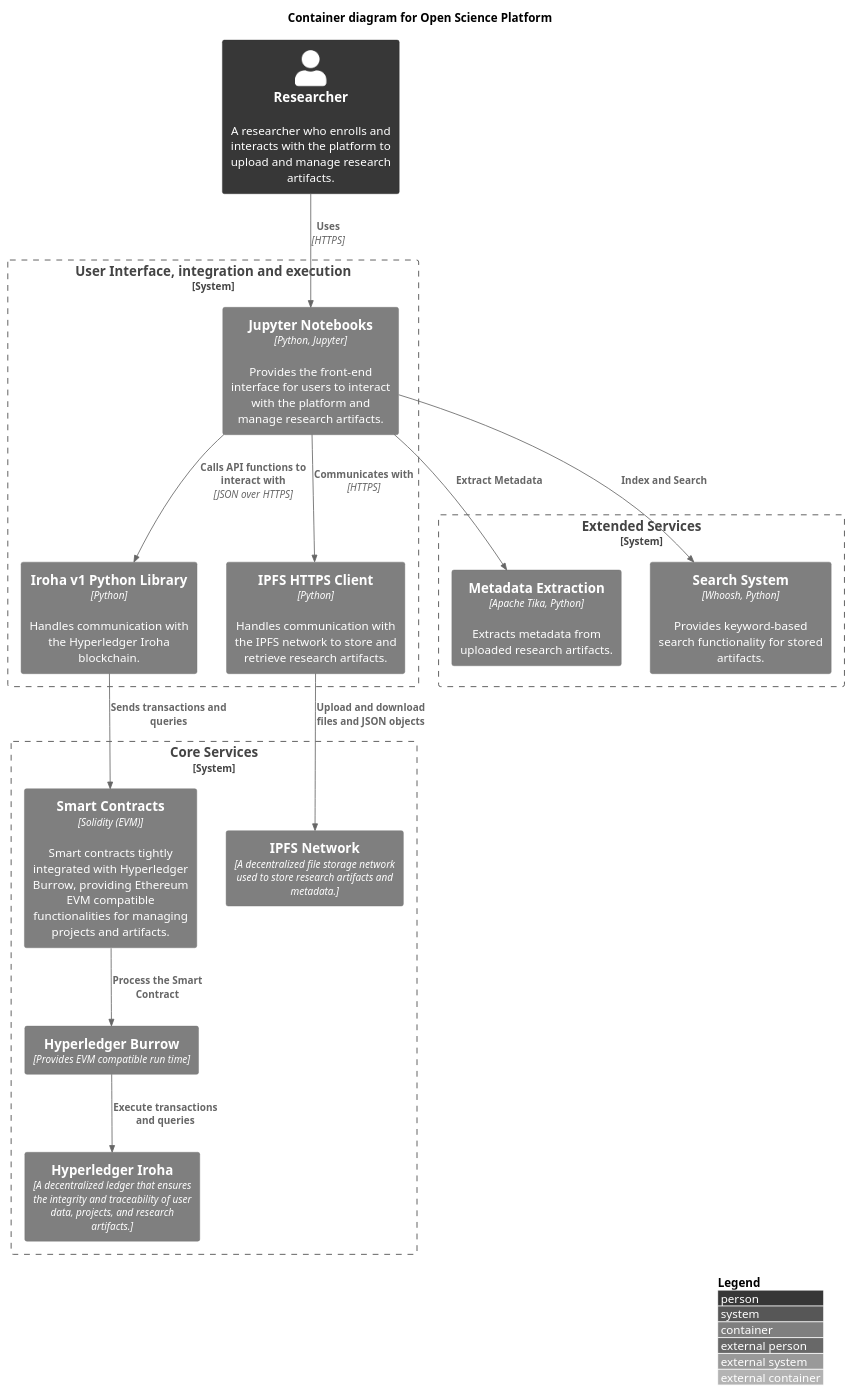
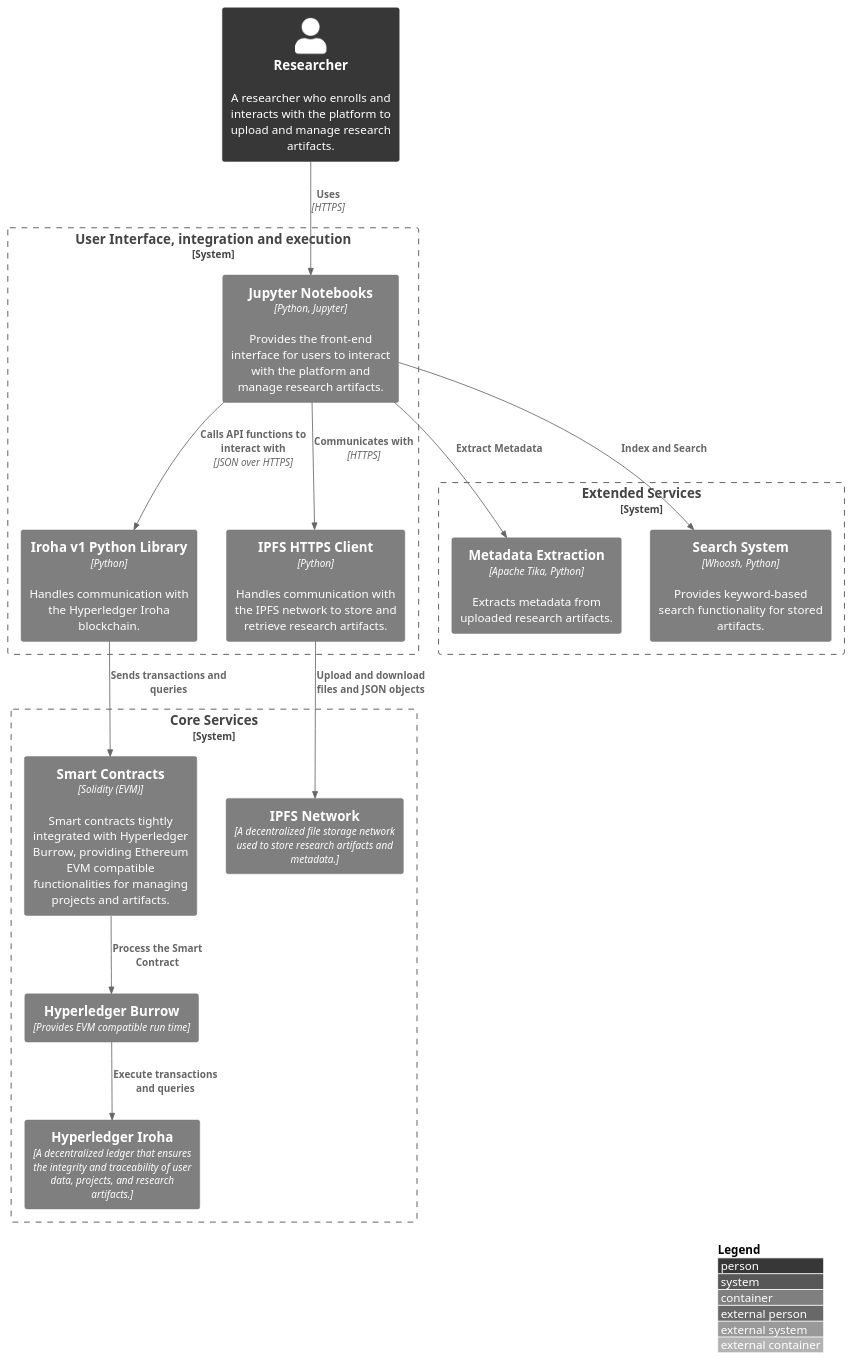
The diagram in diagrams/plantUML/c4_container_diagram.wsd (OliveiraEdu/d-OSP), drawn with PlantUML before and after one commit. The commit also changed 32 other files, not shown here.

```diff
--- a/diagrams/plantUML/c4_container_diagram.wsd
+++ b/diagrams/plantUML/c4_container_diagram.wsd
@@ -1,42 +1,42 @@
 @startuml
 !include https://raw.githubusercontent.com/plantuml-stdlib/C4-PlantUML/master/C4_Container.puml
 ' uncomment the following line and comment the first to use locally
 ' !include C4_Container.puml
 
 skinparam monochrome true
 
 LAYOUT_WITH_LEGEND()
 
-title Container diagram for Open Science Platform
+' title Container diagram for Open Science Platform
 
 Person(researcher, "Researcher", "A researcher who enrolls and interacts with the platform to upload and manage research artifacts.")
 
 System_Boundary(core_services, "User Interface, integration and execution") {
     Container(jupyter_notebooks, "Jupyter Notebooks", "Python, Jupyter", "Provides the front-end interface for users to interact with the platform and manage research artifacts.")
     Container(iroha_python_lib, "Iroha v1 Python Library", "Python", "Handles communication with the Hyperledger Iroha blockchain.")
     Container(ipfs_https_client, "IPFS HTTPS Client", "Python", "Handles communication with the IPFS network to store and retrieve research artifacts.")
     
 }
 
 System_Boundary(extended_services, "Extended Services") {
     Container(metadata_extraction, "Metadata Extraction", "Apache Tika, Python", "Extracts metadata from uploaded research artifacts.")
     Container(search_system, "Search System", "Whoosh, Python", "Provides keyword-based search functionality for stored artifacts.")
 }
 
 System_Boundary(decentralized_services, "Core Services"){
     Container(blockchain, "Hyperledger Iroha", "A decentralized ledger that ensures the integrity and traceability of user data, projects, and research artifacts.")
     Container(ipfs, "IPFS Network", "A decentralized file storage network used to store research artifacts and metadata.")
     Container(smart_contracts, "Smart Contracts", "Solidity (EVM)", "Smart contracts tightly integrated with Hyperledger Burrow, providing Ethereum EVM compatible functionalities for managing projects and artifacts.")
     Container(burrow, "Hyperledger Burrow", "Provides EVM compatible run time")
 }
 
 Rel(researcher, jupyter_notebooks, "Uses", "HTTPS")
 Rel(jupyter_notebooks, iroha_python_lib, "Calls API functions to interact with", "JSON over HTTPS")
 Rel(jupyter_notebooks, ipfs_https_client, "Communicates with", "HTTPS")
 Rel(iroha_python_lib, smart_contracts, "Sends transactions and queries")
 Rel(smart_contracts, burrow, "Process the Smart Contract")
 Rel(ipfs_https_client, ipfs, "Upload and download files and JSON objects")
 Rel(jupyter_notebooks, metadata_extraction, "Extract Metadata")
 Rel(jupyter_notebooks, search_system, "Index and Search")
 Rel(burrow, blockchain, "Execute transactions and queries")
 @enduml
```
